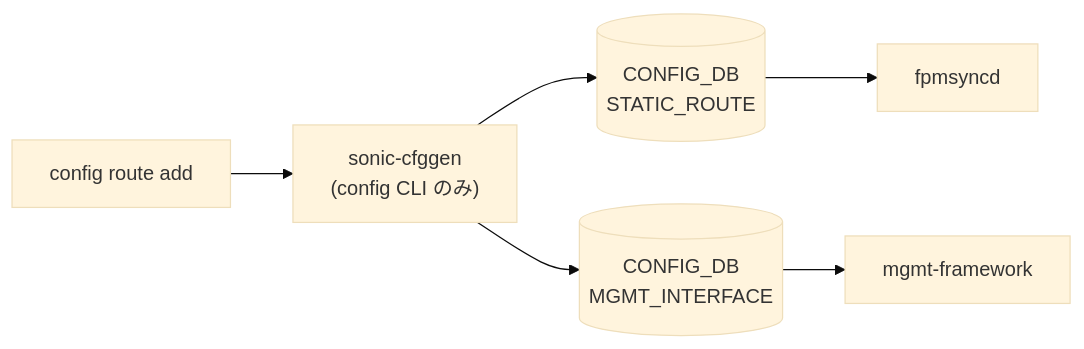
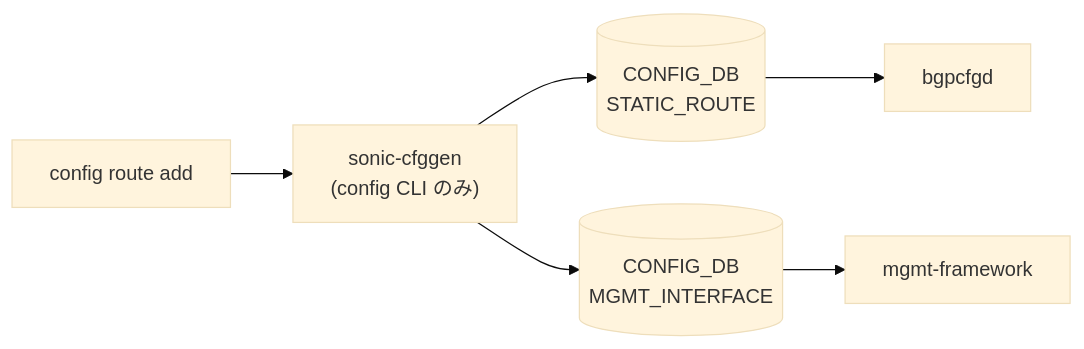
Before and after one commit to aoki-taquan/sonic-unofficial-docs: the diagram in docs/reference/cli/config-default-route.md, drawn with Mermaid (base theme). The commit also changed 65 other files, not shown here.

````diff
--- a/docs/reference/cli/config-default-route.md
+++ b/docs/reference/cli/config-default-route.md
@@ -97,14 +97,14 @@
 ```mermaid
 flowchart LR
   CLI["config route add"]
   SC["sonic-cfggen<br/>(config CLI のみ)"]
   CLI --> SC
   CDB0[("CONFIG_DB<br/>STATIC_ROUTE")]
   SC --> CDB0
-  DM0["fpmsyncd"]
+  DM0["bgpcfgd"]
   CDB0 --> DM0
   CDB1[("CONFIG_DB<br/>MGMT_INTERFACE")]
   SC --> CDB1
   DM1["mgmt-framework"]
   CDB1 --> DM1
 ```
````
